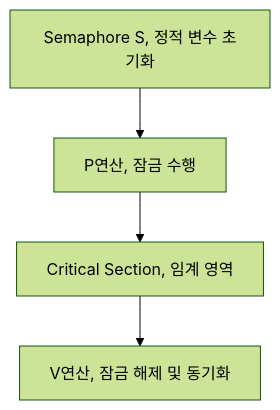
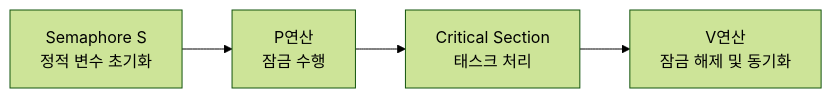
Before and after one commit to gracefullight/gracefullight.github.io: the diagram in blog/pe/ca/semahpore.md, drawn with Mermaid (forest theme). The commit also changed other lines of this file, not shown here.

````diff
--- a/blog/pe/ca/semahpore.md
+++ b/blog/pe/ca/semahpore.md
@@ -20,11 +20,11 @@
 ```mermaid
-graph TB
-  Semaphore[Semaphore S, 정적 변수 초기화]
-  P[P연산, 잠금 수행]
+graph LR
+  Semaphore[Semaphore S<br/>정적 변수 초기화]
+  P[P연산<br/>잠금 수행]
 
   Semaphore --> P
 
-  P --> CriticalSection[Critical Section, 임계 영역]
+  P --> CriticalSection[Critical Section<br/>태스크 처리]
 
-  CriticalSection --> V[V연산, 잠금 해제 및 동기화]
+  CriticalSection --> V[V연산<br/>잠금 해제 및 동기화]
 ```
````
